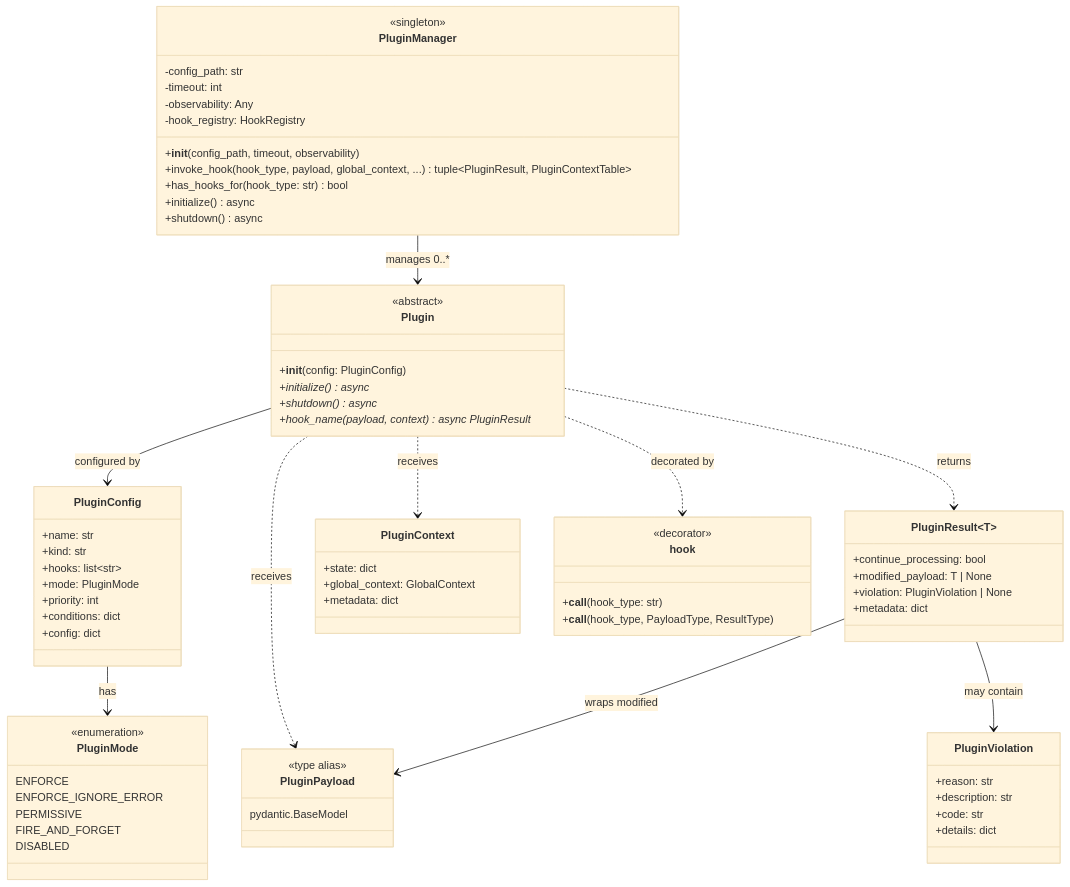
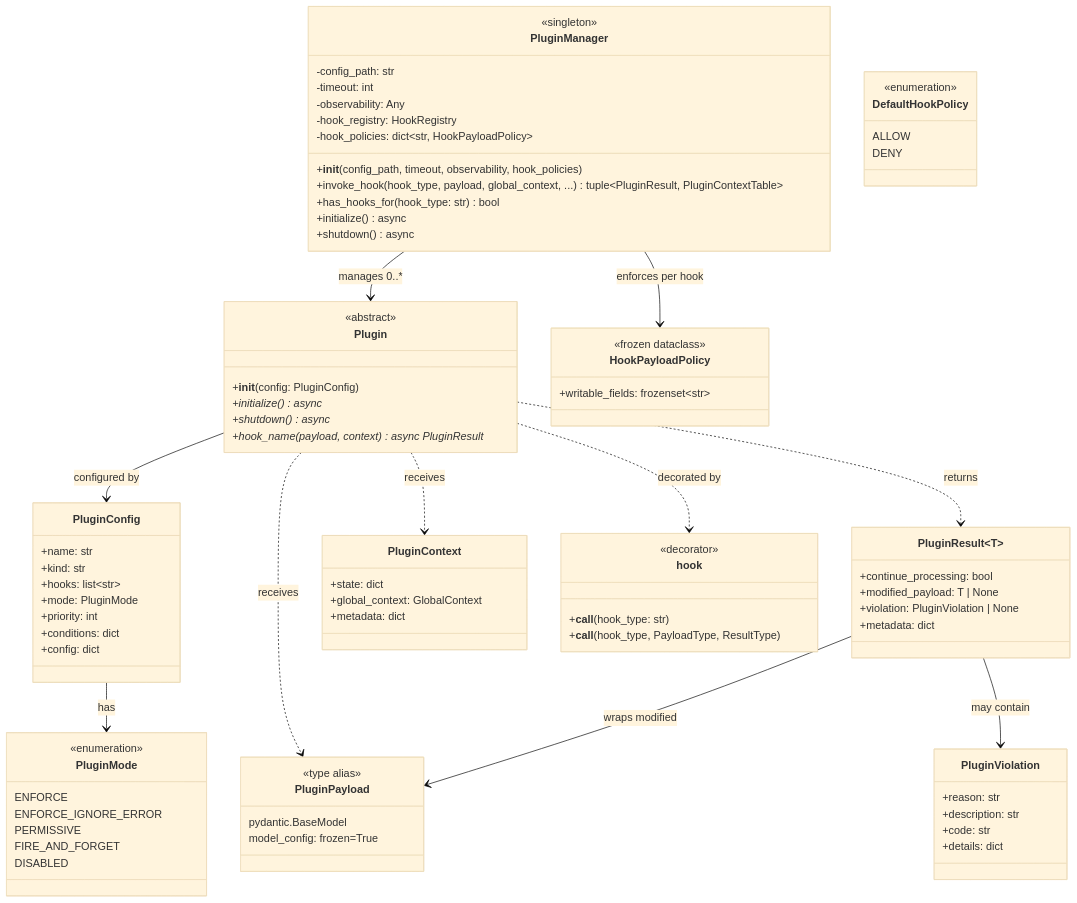
Before and after one commit to araujof/mellea: the diagram in docs/dev/hook_system_implementation_plan.md, drawn with Mermaid (base theme). The commit also changed other lines of this file and 1 other file, not shown here.

Commit message:
feat: specify hook payload write protection

```diff
--- a/docs/dev/hook_system_implementation_plan.md
+++ b/docs/dev/hook_system_implementation_plan.md
@@ -70,7 +74,8 @@
           -timeout: int
           -observability: Any
           -hook_registry: HookRegistry
-          +__init__(config_path, timeout, observability)
+          -hook_policies: dict~str, HookPayloadPolicy~
+          +__init__(config_path, timeout, observability, hook_policies)
           +invoke_hook(hook_type, payload, global_context, ...) tuple~PluginResult, PluginContextTable~
           +has_hooks_for(hook_type: str) bool
           +initialize() async
@@ -97,10 +102,23 @@
           DISABLED
       }
 
+      %% Policy
+      class HookPayloadPolicy {
+          <<frozen dataclass>>
+          +writable_fields: frozenset~str~
+      }
+
+      class DefaultHookPolicy {
+          <<enumeration>>
+          ALLOW
+          DENY
+      }
+
       %% Payload & Result
       class PluginPayload {
           <<type alias>>
           pydantic.BaseModel
+          model_config: frozen=True
       }
 
       class PluginResult~T~ {
@@ -138,6 +156,7 @@
       Plugin ..> hook : decorated by
 
       PluginManager --> Plugin : manages 0..*
+      PluginManager --> HookPayloadPolicy : enforces per hook
 
       PluginConfig --> PluginMode : has
 
```
